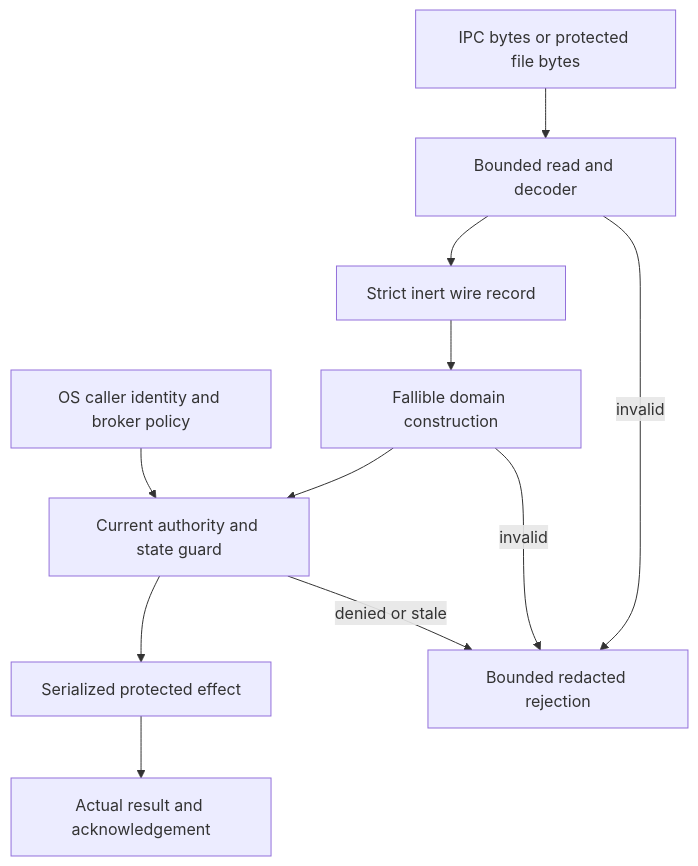
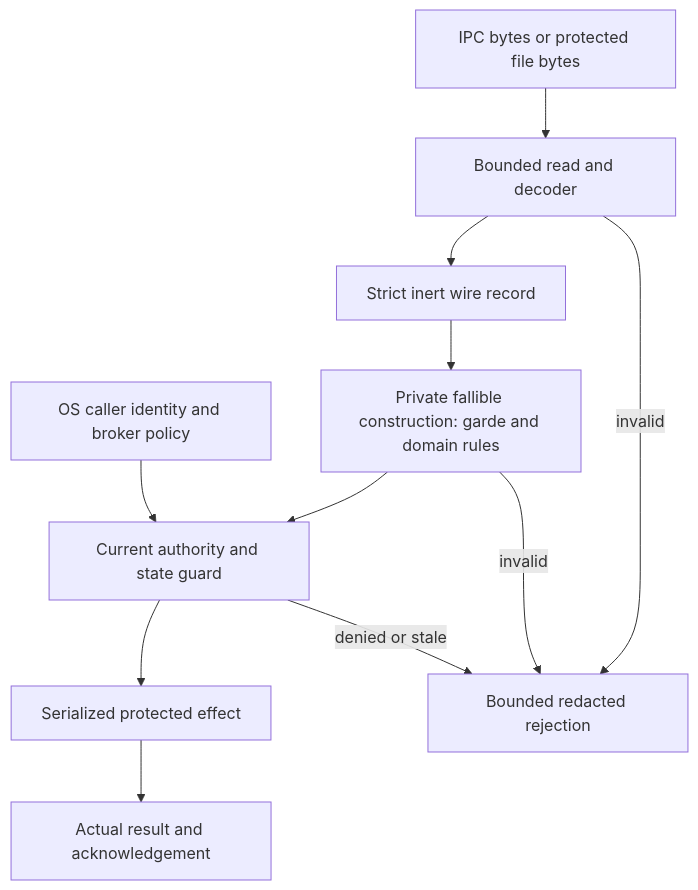
One commit to DavidOsipov/NevroTick changed the third of 5 diagrams in docs/windows-time-architecture.md. Above: the diagram before and after it, drawn with Mermaid. The commit also changed other lines of this file and 93 other files, not shown here.

````diff
--- a/docs/windows-time-architecture.md
+++ b/docs/windows-time-architecture.md
@@ -316,13 +320,13 @@
 ```mermaid
 flowchart TD
     I["IPC bytes or protected file bytes"] --> B["Bounded read and decoder"]
     B --> W["Strict inert wire record"]
-    W --> D["Fallible domain construction"]
+    W --> D["Private fallible construction: garde and domain rules"]
     D --> G["Current authority and state guard"]
     C["OS caller identity and broker policy"] --> G
     G --> E["Serialized protected effect"]
     E --> A["Actual result and acknowledgement"]
     B -->|"invalid"| R["Bounded redacted rejection"]
     D -->|"invalid"| R
     G -->|"denied or stale"| R
 ```
````
